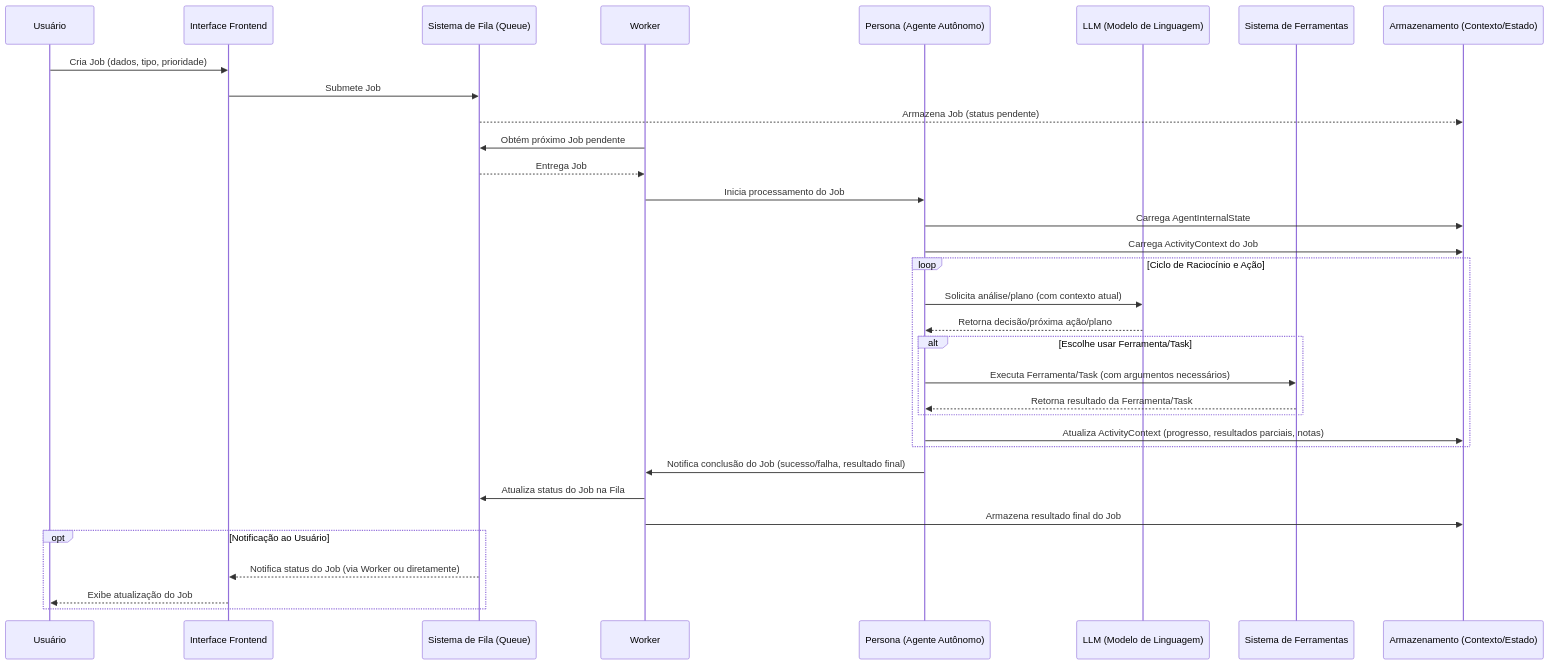
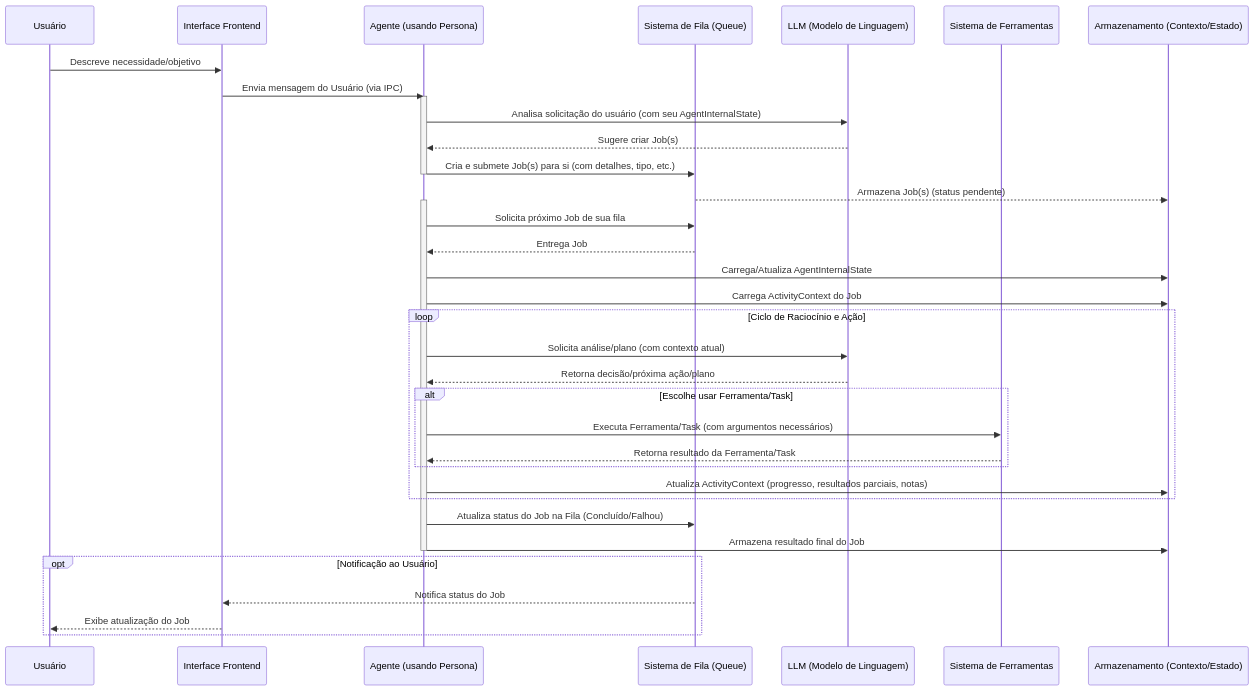
The first of 3 diagrams in docs/new_docs/briefing/02_diagramas_fluxo_atual.md (HD220/project-wiz), drawn with Mermaid before and after one commit. The commit also changed other lines of this file and 9 other files, not shown here.

````diff
--- a/docs/new_docs/briefing/02_diagramas_fluxo_atual.md
+++ b/docs/new_docs/briefing/02_diagramas_fluxo_atual.md
@@ -11,43 +11,48 @@
 ```mermaid
 sequenceDiagram
     participant Usuário
     participant Frontend as Interface Frontend
+    participant AgentePersona as Agente (usando Persona)
     participant Fila as Sistema de Fila (Queue)
-    participant Worker
-    participant Persona as Persona (Agente Autônomo)
     participant LLM as LLM (Modelo de Linguagem)
     participant Ferramentas as Sistema de Ferramentas
     participant Dados as Armazenamento (Contexto/Estado)
 
-    Usuário->>Frontend: Cria Job (dados, tipo, prioridade)
-    Frontend->>Fila: Submete Job
-    Fila-->>Dados: Armazena Job (status pendente)
+    Usuário->>Frontend: Descreve necessidade/objetivo
+    Frontend->>AgentePersona: Envia mensagem do Usuário (via IPC)
+    activate AgentePersona
+    AgentePersona->>LLM: Analisa solicitação do usuário (com seu AgentInternalState)
+    LLM-->>AgentePersona: Sugere criar Job(s)
+    AgentePersona->>Fila: Cria e submete Job(s) para si (com detalhes, tipo, etc.)
+    deactivate AgentePersona
+    Fila-->>Dados: Armazena Job(s) (status pendente)
 
-    Worker->>Fila: Obtém próximo Job pendente
-    Fila-->>Worker: Entrega Job
-    Worker->>Persona: Inicia processamento do Job
+    %% Agente (Worker Loop) processando o Job
+    activate AgentePersona
+    AgentePersona->>Fila: Solicita próximo Job de sua fila
+    Fila-->>AgentePersona: Entrega Job
 
-    Persona->>Dados: Carrega AgentInternalState
-    Persona->>Dados: Carrega ActivityContext do Job
+    AgentePersona->>Dados: Carrega/Atualiza AgentInternalState
+    AgentePersona->>Dados: Carrega ActivityContext do Job
 
     loop Ciclo de Raciocínio e Ação
-        Persona->>LLM: Solicita análise/plano (com contexto atual)
-        LLM-->>Persona: Retorna decisão/próxima ação/plano
+        AgentePersona->>LLM: Solicita análise/plano (com contexto atual)
+        LLM-->>AgentePersona: Retorna decisão/próxima ação/plano
 
         alt Escolhe usar Ferramenta/Task
-            Persona->>Ferramentas: Executa Ferramenta/Task (com argumentos necessários)
-            Ferramentas-->>Persona: Retorna resultado da Ferramenta/Task
+            AgentePersona->>Ferramentas: Executa Ferramenta/Task (com argumentos necessários)
+            Ferramentas-->>AgentePersona: Retorna resultado da Ferramenta/Task
         end
 
-        Persona->>Dados: Atualiza ActivityContext (progresso, resultados parciais, notas)
+        AgentePersona->>Dados: Atualiza ActivityContext (progresso, resultados parciais, notas)
     end
 
-    Persona->>Worker: Notifica conclusão do Job (sucesso/falha, resultado final)
-    Worker->>Fila: Atualiza status do Job na Fila
-    Worker->>Dados: Armazena resultado final do Job
+    AgentePersona->>Fila: Atualiza status do Job na Fila (Concluído/Falhou)
+    AgentePersona->>Dados: Armazena resultado final do Job
+    deactivate AgentePersona
 
     opt Notificação ao Usuário
-        Fila-->>Frontend: Notifica status do Job (via Worker ou diretamente)
+        Fila-->>Frontend: Notifica status do Job
         Frontend-->>Usuário: Exibe atualização do Job
     end
 ```
````
